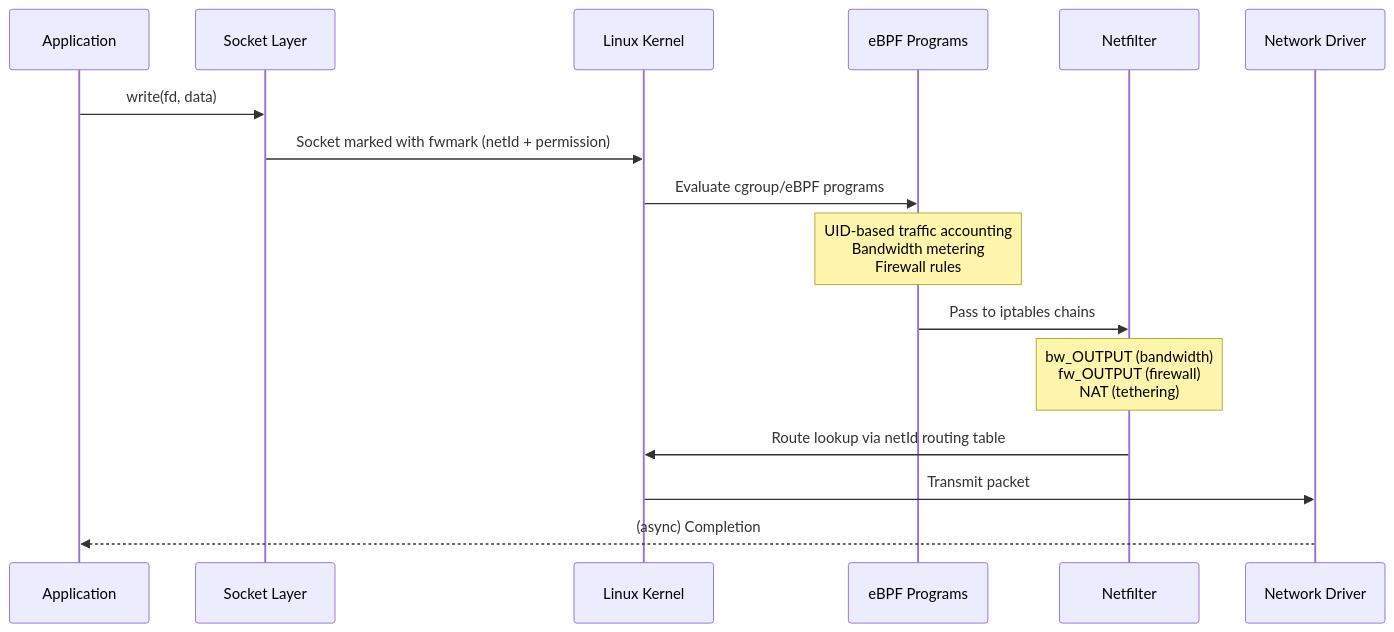
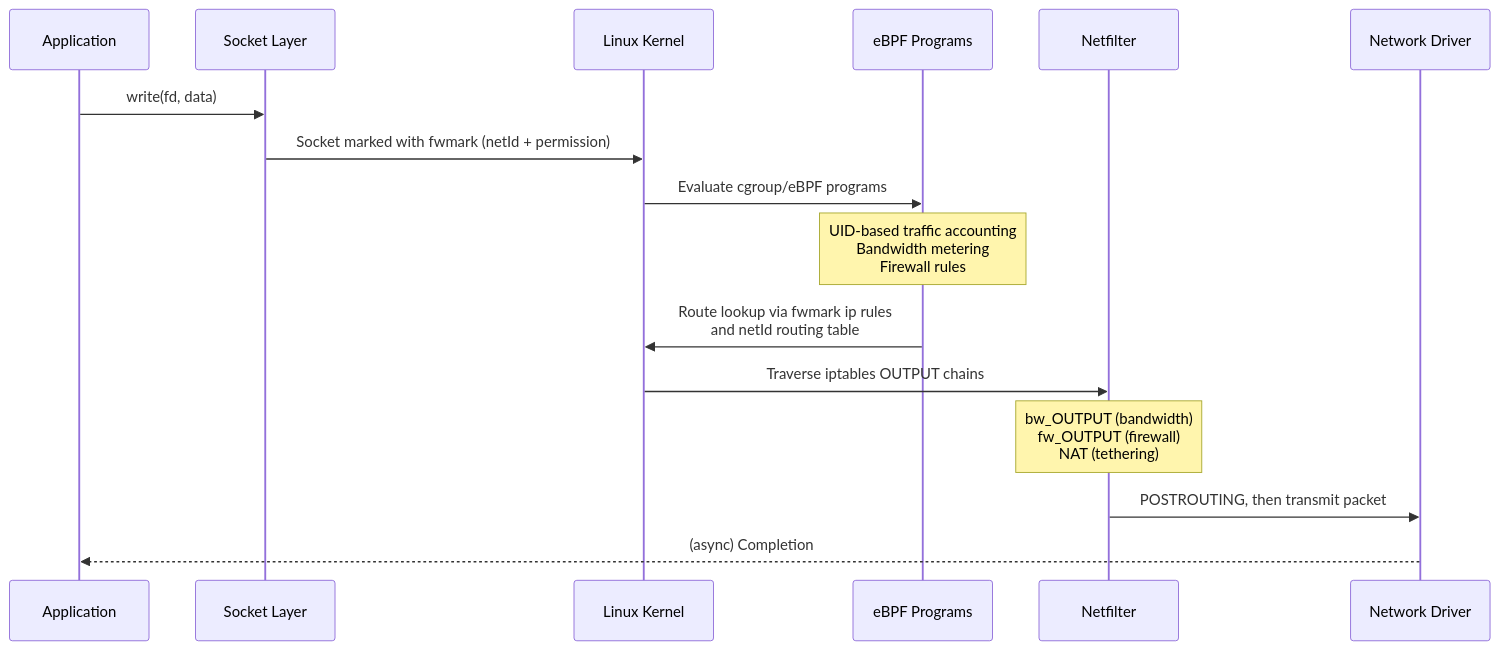
One commit to aospbooks/aosp-internal-book changed the second of 55 diagrams in 35-networking.md. Above: the diagram before and after it, drawn with Mermaid. The commit also changed other lines of this file and 218 other files, not shown here.

````diff
--- a/35-networking.md
+++ b/35-networking.md
@@ -150,19 +150,19 @@
 ```mermaid
 sequenceDiagram
     participant App as Application
     participant Socket as Socket Layer
     participant Kernel as Linux Kernel
     participant BPF as eBPF Programs
     participant NF as Netfilter
     participant Driver as Network Driver
 
     App->>Socket: write(fd, data)
     Socket->>Kernel: Socket marked with fwmark (netId + permission)
     Kernel->>BPF: Evaluate cgroup/eBPF programs
     Note over BPF: UID-based traffic accounting<br/>Bandwidth metering<br/>Firewall rules
-    BPF->>NF: Pass to iptables chains
+    BPF->>Kernel: Route lookup via fwmark ip rules<br/>and netId routing table
+    Kernel->>NF: Traverse iptables OUTPUT chains
     Note over NF: bw_OUTPUT (bandwidth)<br/>fw_OUTPUT (firewall)<br/>NAT (tethering)
-    NF->>Kernel: Route lookup via netId routing table
-    Kernel->>Driver: Transmit packet
+    NF->>Driver: POSTROUTING, then transmit packet
     Driver-->>App: (async) Completion
 ```
````
